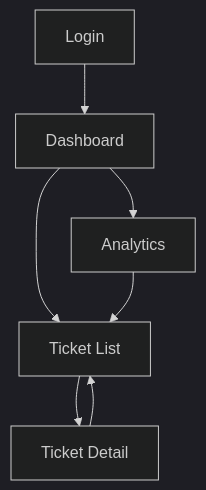
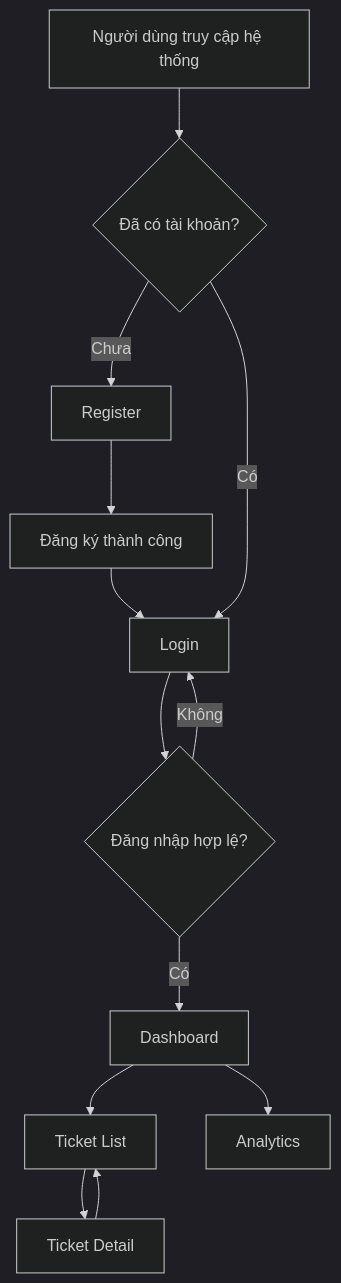
The diagram in docs/wireframe/README.md (thanhhai375/support-resolution-ai), drawn with Mermaid (dark theme) before and after one commit. The commit also changed other lines of this file, not shown here.

Commit message:
docs(CRM-13): update wireframe report with Register screen

````diff
--- a/docs/wireframe/README.md
+++ b/docs/wireframe/README.md
@@ -72,9 +158,15 @@
-``` mermaid
+```mermaid
 flowchart TD
-    A[Login] --> B[Dashboard]
-    B --> C[Ticket List]
-    B --> E[Analytics]
-    C --> D[Ticket Detail]
-    D --> C
-    E --> C
+    A[Người dùng truy cập hệ thống] --> B{Đã có tài khoản?}
+    B -->|Chưa| C[Register]
+    C --> D[Đăng ký thành công]
+    D --> E[Login]
+    B -->|Có| E
+    E --> F{Đăng nhập hợp lệ?}
+    F -->|Không| E
+    F -->|Có| G[Dashboard]
+    G --> H[Ticket List]
+    H --> I[Ticket Detail]
+    G --> J[Analytics]
+    I --> H
 ```
````
